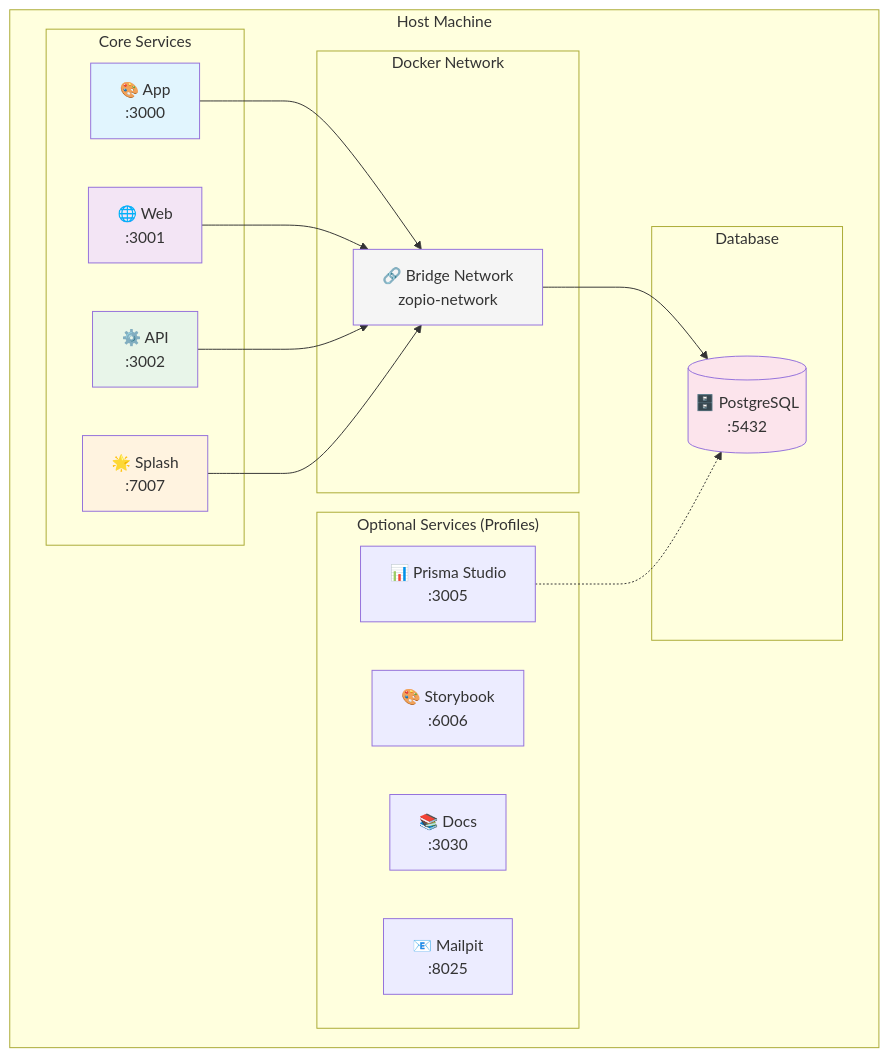
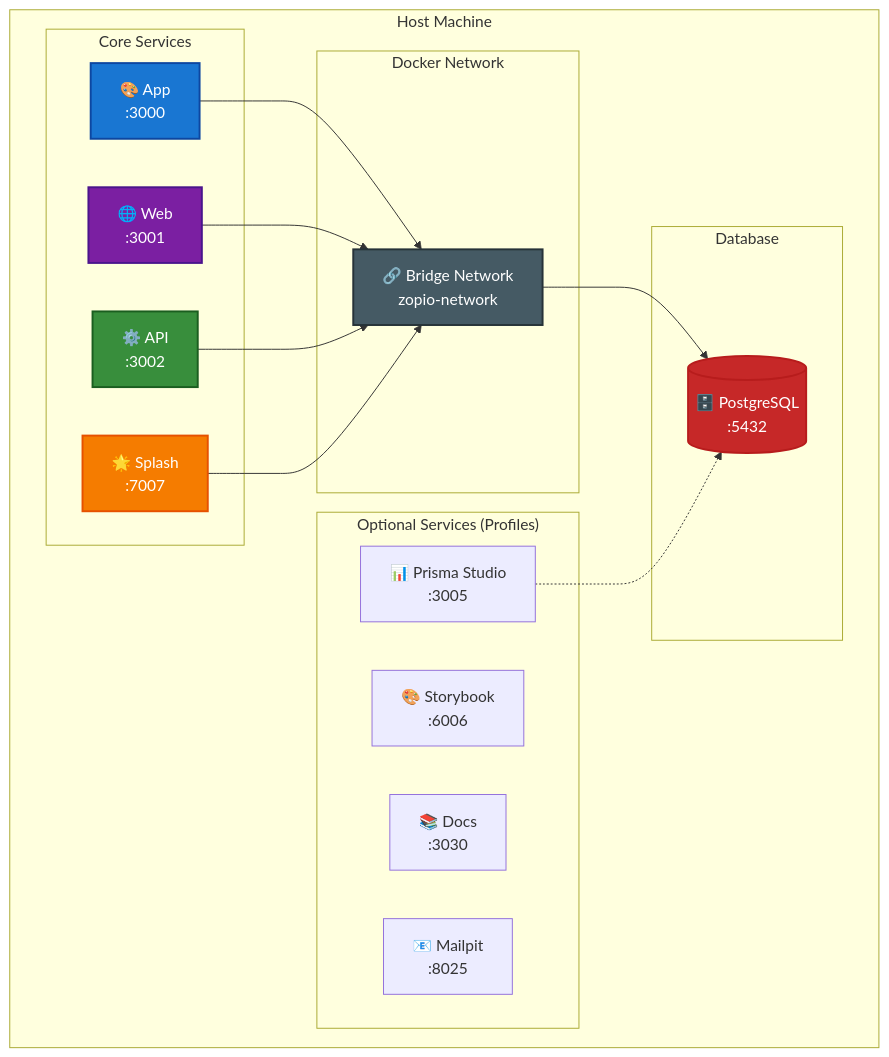
One commit to zopiolabs/zopio changed the second of 3 diagrams in docker/README.md. Above: the diagram before and after it, drawn with Mermaid. The commit also changed other lines of this file, not shown here.

Commit message:
style: enhance mermaid diagrams with high contrast colors

````diff
--- a/docker/README.md
+++ b/docker/README.md
@@ -302,41 +302,41 @@
 ```mermaid
 graph TB
     subgraph "Host Machine"
         subgraph "Core Services"
             APP["🎨 App<br/>:3000"]
             WEB["🌐 Web<br/>:3001"]
             API["⚙️ API<br/>:3002"]
             SPLASH["🌟 Splash<br/>:7007"]
         end
         
         subgraph "Docker Network"
             NETWORK["🔗 Bridge Network<br/>zopio-network"]
         end
         
         subgraph "Database"
             DB[("🗄️ PostgreSQL<br/>:5432")]
         end
         
         subgraph "Optional Services (Profiles)"
             DBSTUDIO["📊 Prisma Studio<br/>:3005"]
             STORYBOOK["🎨 Storybook<br/>:6006"]
             DOCS["📚 Docs<br/>:3030"]
             MAILPIT["📧 Mailpit<br/>:8025"]
         end
     end
     
     APP --> NETWORK
     WEB --> NETWORK
     API --> NETWORK
     SPLASH --> NETWORK
     NETWORK --> DB
     
     DBSTUDIO -.-> DB
     
-    style APP fill:#e1f5fe
-    style WEB fill:#f3e5f5
-    style API fill:#e8f5e9
-    style SPLASH fill:#fff3e0
-    style DB fill:#fce4ec
-    style NETWORK fill:#f5f5f5
+    style APP fill:#1976D2,stroke:#0D47A1,stroke-width:2px,color:#fff
+    style WEB fill:#7B1FA2,stroke:#4A148C,stroke-width:2px,color:#fff
+    style API fill:#388E3C,stroke:#1B5E20,stroke-width:2px,color:#fff
+    style SPLASH fill:#F57C00,stroke:#E65100,stroke-width:2px,color:#fff
+    style DB fill:#C62828,stroke:#B71C1C,stroke-width:2px,color:#fff
+    style NETWORK fill:#455A64,stroke:#263238,stroke-width:2px,color:#fff
 ```
````
